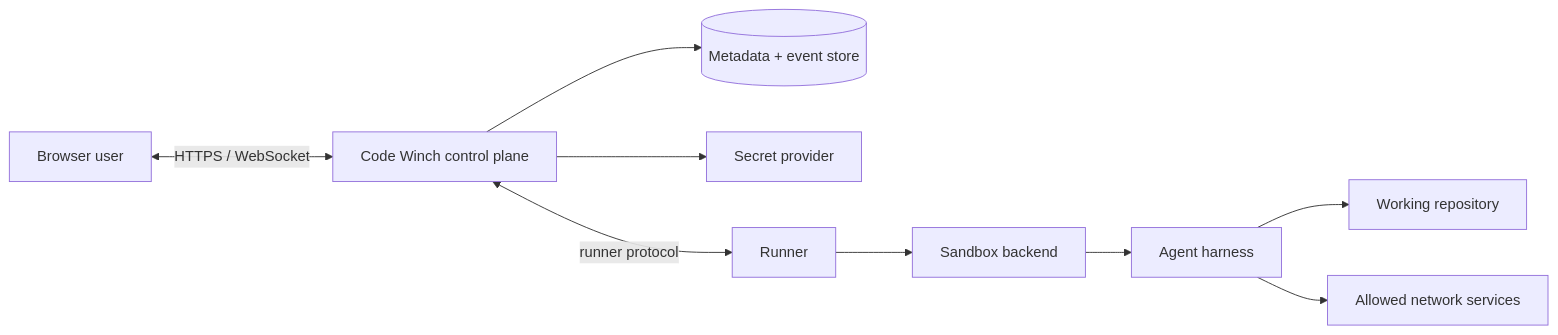
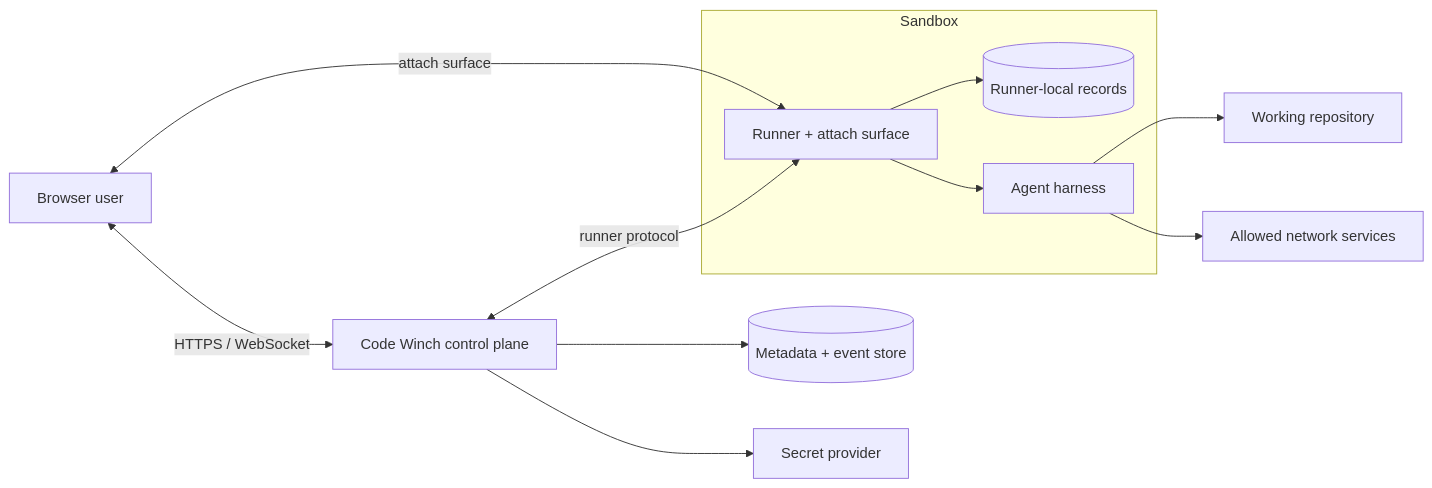
The first of 3 diagrams in docs/architecture.md (shaielc/code-winch), drawn with Mermaid before and after one commit. The commit also changed other lines of this file and 14 other files, not shown here.

Commit message:
pivot roadmap

````diff
--- a/docs/architecture.md
+++ b/docs/architecture.md
@@ -48,11 +52,14 @@
 ```mermaid
 flowchart LR
     U[Browser user] <-->|HTTPS / WebSocket| CP[Code Winch control plane]
+    U <-->|attach surface| R
     CP --> DB[(Metadata + event store)]
     CP --> SEC[Secret provider]
-    CP <-->|runner protocol| R[Runner]
-    R --> SB[Sandbox backend]
-    SB --> H[Agent harness]
+    CP <-->|runner protocol| R
+    subgraph SB[Sandbox]
+      R[Runner + attach surface] --> LOG[(Runner-local records)]
+      R --> H[Agent harness]
+    end
     H --> REPO[Working repository]
     H --> NET[Allowed network services]
 ```
````
